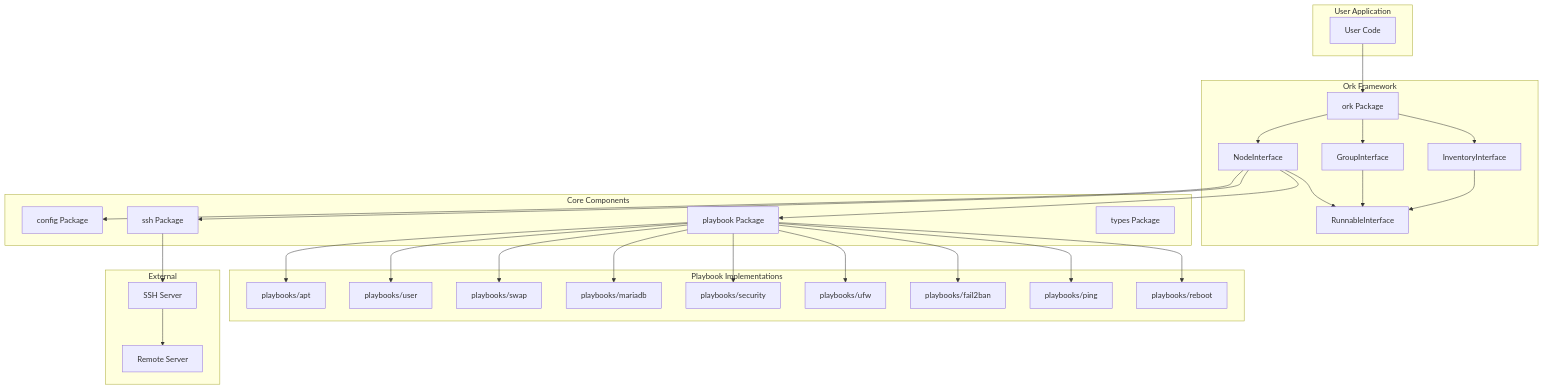
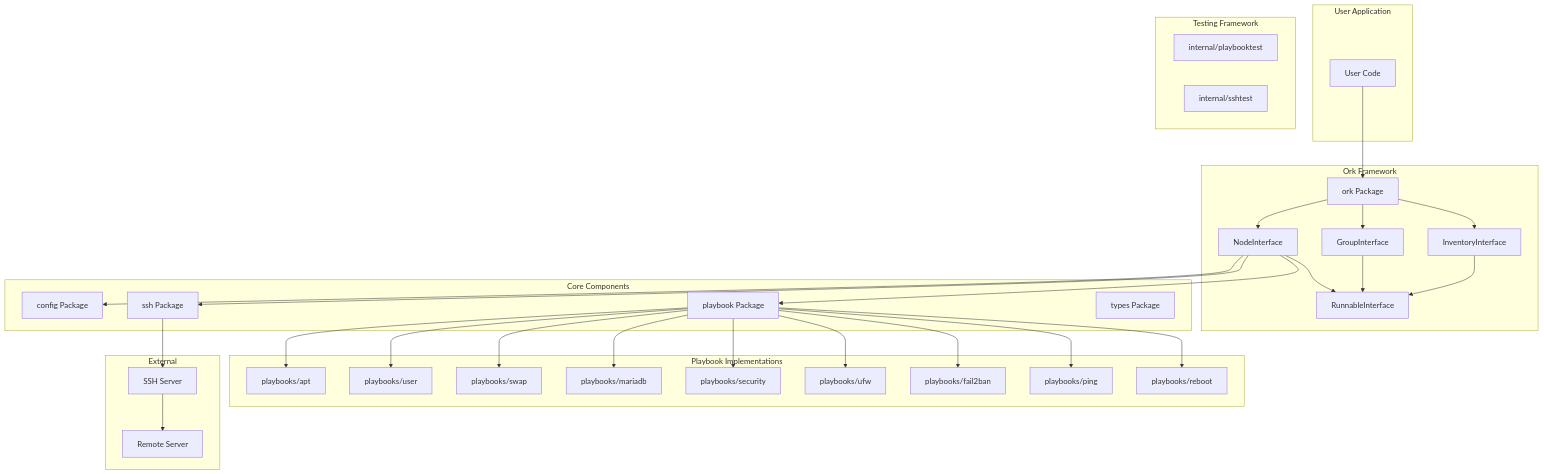
The first of 11 diagrams in docs/livewiki/architecture.md (dracory/ork), drawn with Mermaid before and after one commit. The commit also changed other lines of this file and 94 other files, not shown here.

````diff
--- a/docs/livewiki/architecture.md
+++ b/docs/livewiki/architecture.md
@@ -17,60 +17,65 @@
 ```mermaid
 graph TB
     subgraph "User Application"
         A[User Code]
     end
     
     subgraph "Ork Framework"
         B[ork Package]
         C[NodeInterface]
         D[GroupInterface]
         E[InventoryInterface]
         F[RunnableInterface]
     end
     
     subgraph "Core Components"
         G[config Package]
         H[ssh Package]
         I[playbook Package]
         J[types Package]
+    end
+    
+    subgraph "Testing Framework"
+        TF1[internal/playbooktest]
+        TF2[internal/sshtest]
     end
     
     subgraph "Playbook Implementations"
         K[playbooks/apt]
         L[playbooks/user]
         M[playbooks/swap]
         N[playbooks/mariadb]
         O[playbooks/security]
         P[playbooks/ufw]
         Q[playbooks/fail2ban]
         R[playbooks/ping]
         S[playbooks/reboot]
     end
     
     subgraph "External"
         T[SSH Server]
         U[Remote Server]
     end
     
     A --> B
     B --> C
     B --> D
     B --> E
     C --> F
     D --> F
     E --> F
     C --> G
     C --> H
     C --> I
     I --> K
     I --> L
     I --> M
     I --> N
     I --> O
     I --> P
     I --> Q
     I --> R
     I --> S
     H --> T
     T --> U
 ```
````
